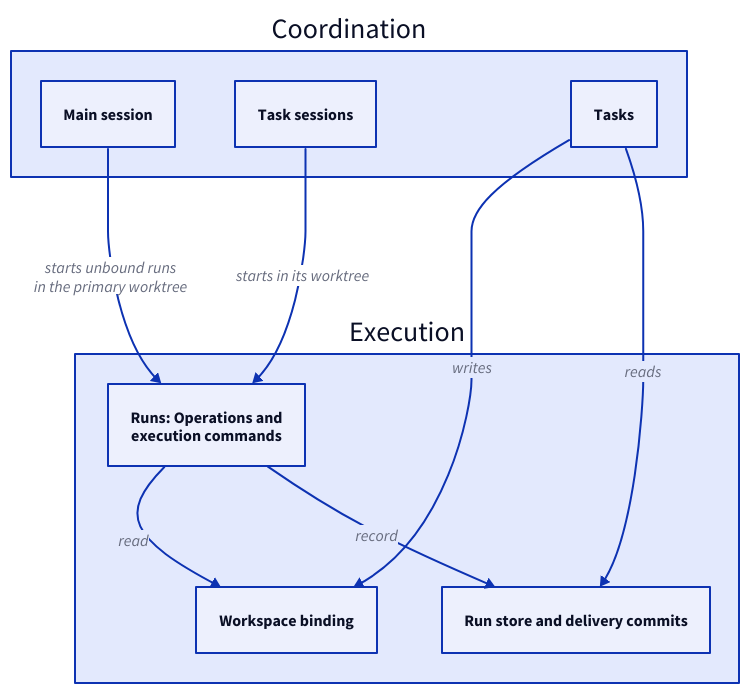
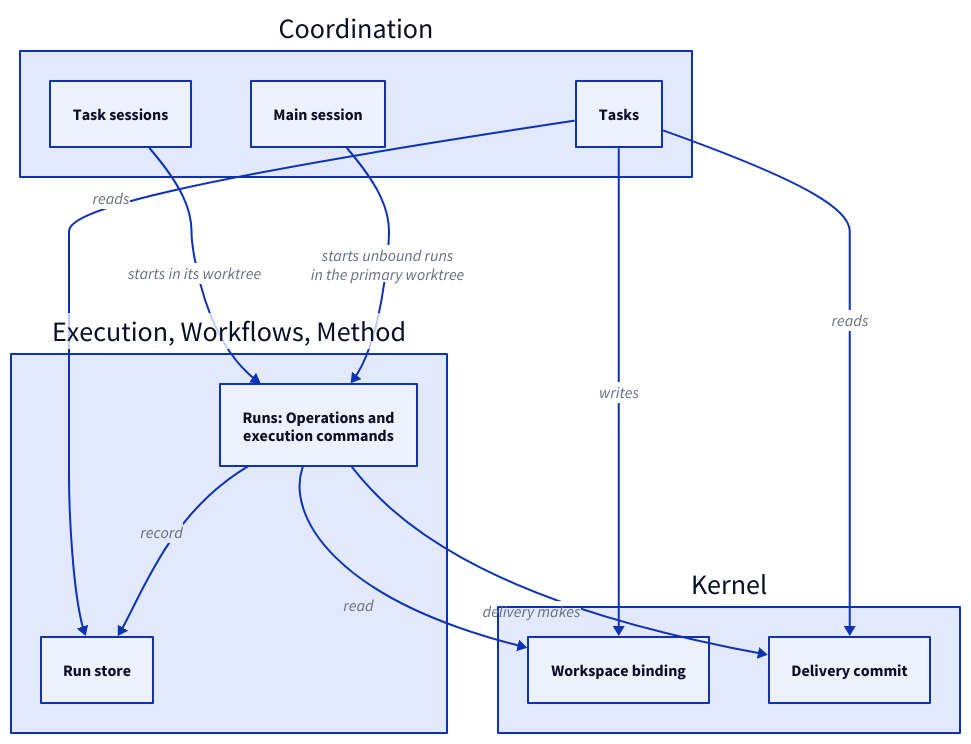
Before and after one commit to FTOD/concorde: the fourth of 5 diagrams in specs/concorde/module.md, drawn with D2. The commit also changed other lines of this file and 29 other files, not shown here.

First line of the commit message:
Add the parts structure: root, Kernel, Worker harness and Method entries

````diff
--- a/specs/concorde/module.md
+++ b/specs/concorde/module.md
@@ -359,18 +450,23 @@
 ```d2 illustrative
 coordination: Coordination {
   main: Main session
   task: Task sessions
   tasks: Tasks
 }
-execution: Execution {
+kernel: Kernel {
   binding: Workspace binding
+  commit: Delivery commit
+}
+lower: "Execution, Workflows, Method" {
   runs: "Runs: Operations and\nexecution commands"
-  store: Run store and delivery commits
+  store: Run store
 }
-coordination.tasks -> execution.binding: writes
-coordination.main -> execution.runs: "starts unbound runs\nin the primary worktree"
-coordination.task -> execution.runs: starts in its worktree
-execution.runs -> execution.binding: read
-execution.runs -> execution.store: record
-coordination.tasks -> execution.store: reads
+coordination.tasks -> kernel.binding: writes
+coordination.main -> lower.runs: "starts unbound runs\nin the primary worktree"
+coordination.task -> lower.runs: starts in its worktree
+lower.runs -> kernel.binding: read
+lower.runs -> lower.store: record
+lower.runs -> kernel.commit: "delivery makes"
+coordination.tasks -> lower.store: reads
+coordination.tasks -> kernel.commit: reads
 ```
````
